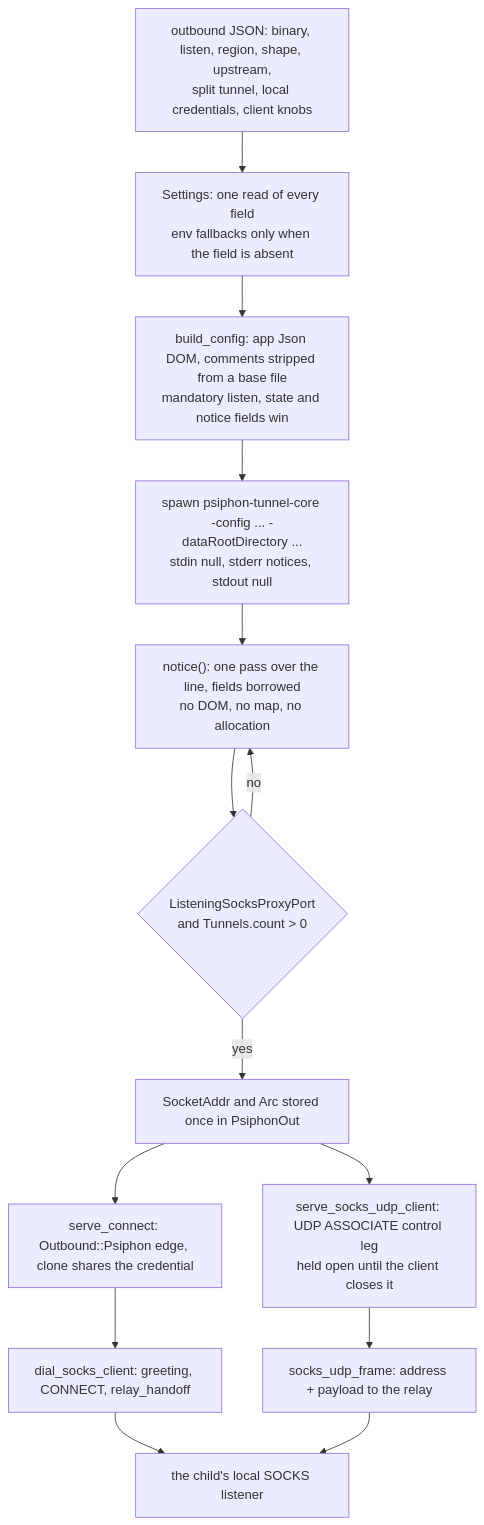
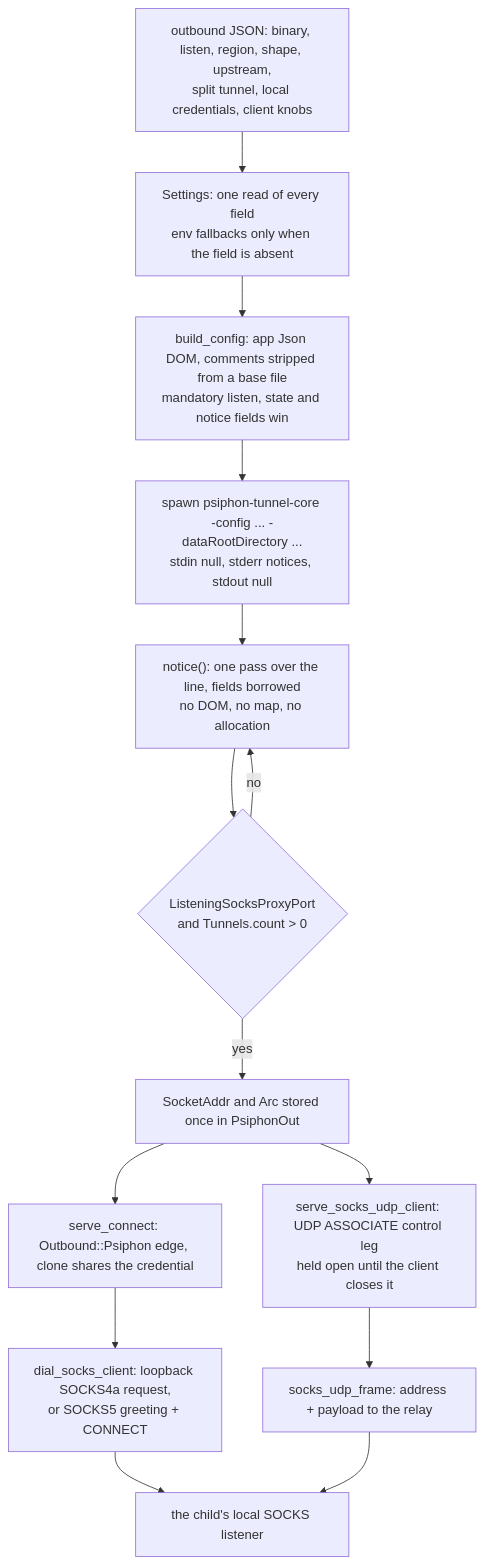
The diagram in docs/function/carrier-psiphon.md (Ferrocite/ferrox), drawn with Mermaid before and after one commit. The commit also changed other lines of this file and 7 other files, not shown here.

````diff
--- a/docs/function/carrier-psiphon.md
+++ b/docs/function/carrier-psiphon.md
@@ -7,16 +7,16 @@
 ```mermaid
 graph TD
     A["outbound JSON: binary, listen, region, shape, upstream,<br/>split tunnel, local credentials, client knobs"] --> B["Settings: one read of every field<br/>env fallbacks only when the field is absent"]
     B --> C["build_config: app Json DOM, comments stripped from a base file<br/>mandatory listen, state and notice fields win"]
     C --> D["spawn psiphon-tunnel-core -config ... -dataRootDirectory ...<br/>stdin null, stderr notices, stdout null"]
     D --> E["notice(): one pass over the line, fields borrowed<br/>no DOM, no map, no allocation"]
     E --> F{"ListeningSocksProxyPort<br/>and Tunnels.count > 0"}
     F -->|no| E
     F -->|yes| G["SocketAddr and Arc<Credential> stored once in PsiphonOut"]
     G --> H["serve_connect: Outbound::Psiphon edge, clone shares the credential"]
-    H --> I["dial_socks_client: greeting, CONNECT, relay_handoff"]
+    H --> I["dial_socks_client: loopback SOCKS4a request,<br/>or SOCKS5 greeting + CONNECT"]
     I --> J["the child's local SOCKS listener"]
     G --> K["serve_socks_udp_client: UDP ASSOCIATE control leg<br/>held open until the client closes it"]
     K --> L["socks_udp_frame: address + payload to the relay"]
     L --> J
 ```
````
